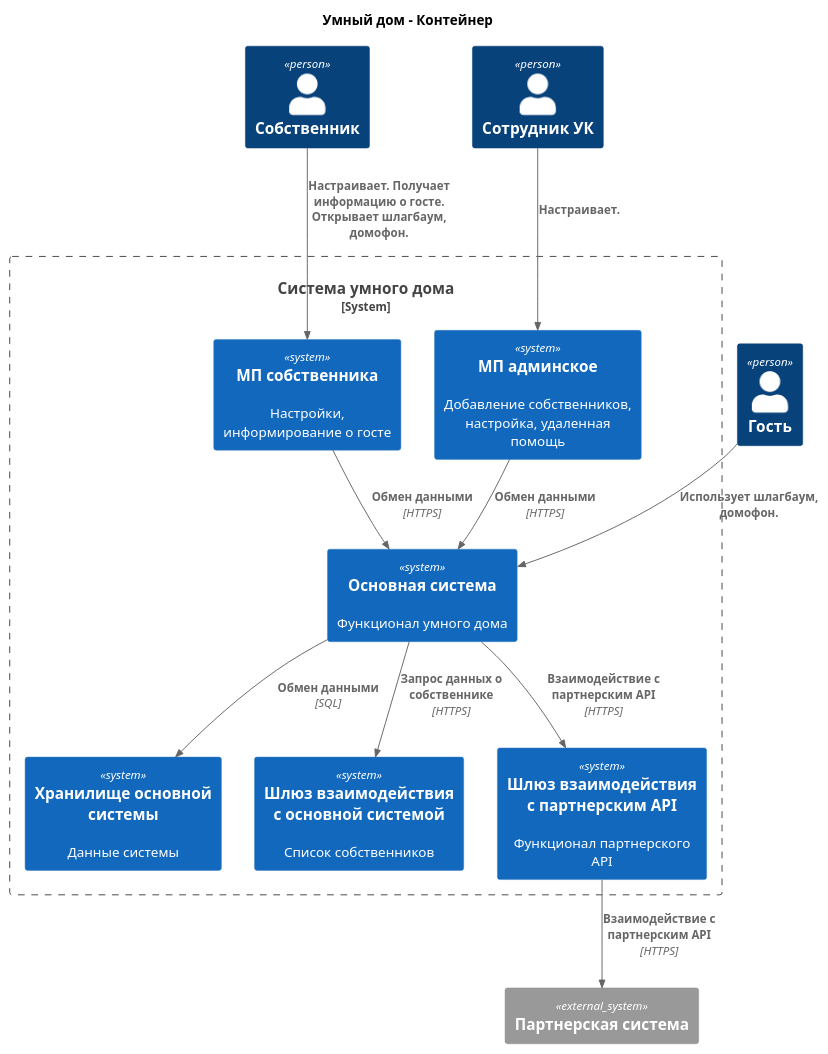
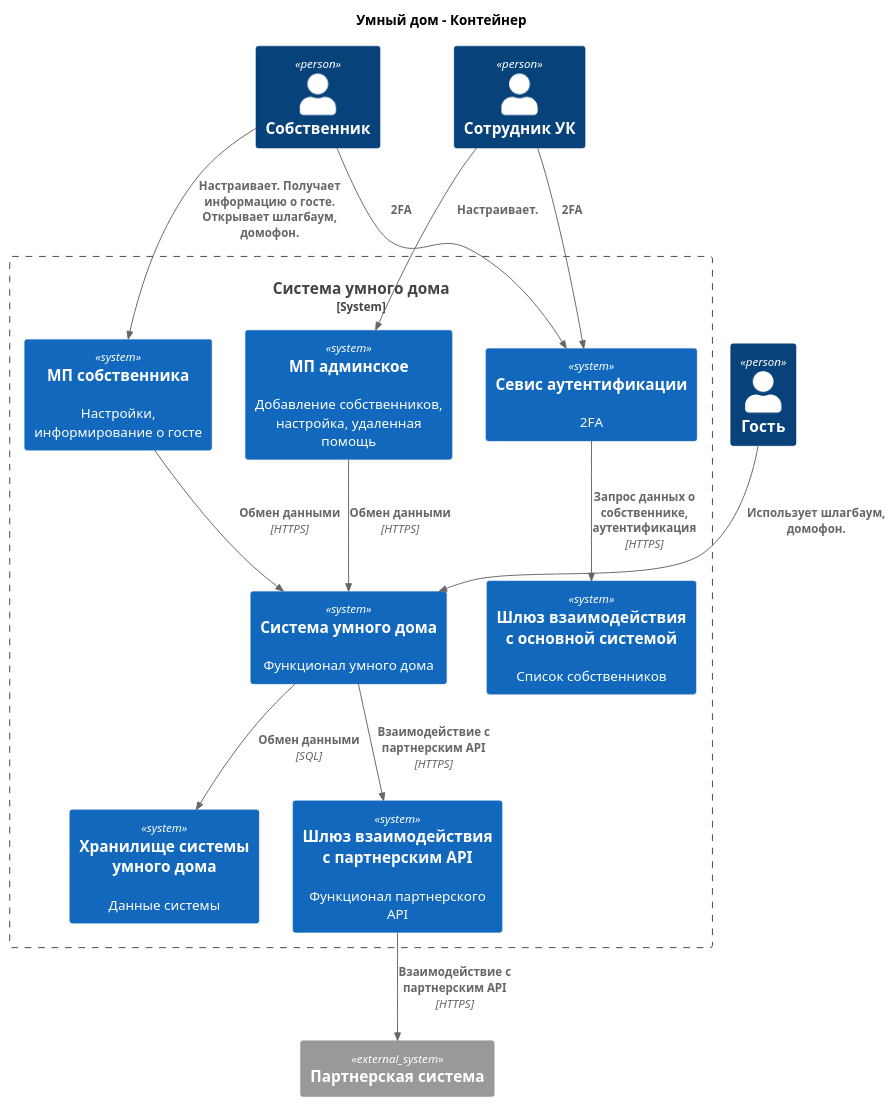
One commit to rminchakov-ctrl/architecture-pro-propdevelopment changed the diagram in Task3/container.puml. Above: the diagram before and after it, drawn with PlantUML. The commit also changed 2 other files, not shown here.

```diff
--- a/Task3/container.puml
+++ b/Task3/container.puml
@@ -1,33 +1,36 @@
 @startuml C4_Container
 !include https://raw.githubusercontent.com/plantuml-stdlib/C4-PlantUML/master/C4_Container.puml
 
 title Умный дом - Контейнер
 
 Person(owner, "Собственник")
 Person(customer, "Сотрудник УК")
 Person(guest, "Гость")
 
 System_Boundary(system, "Система умного дома") {
     System(mobile_app, "МП собственника", "Настройки, информирование о госте")
     System(admin_app, "МП админское", "Добавление собственников, настройка, удаленная помощь")
-    System(core, "Основная система", "Функционал умного дома")
-    System(core_db, "Хранилище основной системы", "Данные системы")
+    System(core, "Система умного дома", "Функционал умного дома")
+    System(auth_app, "Севис аутентификации", "2FA")
+    System(core_db, "Хранилище системы умного дома", "Данные системы")
     System(system_gate, "Шлюз взаимодействия с основной системой", "Список собственников")
     System(partner_gate, "Шлюз взаимодействия с партнерским API", "Функционал партнерского API")
 }
 
 System_Ext(partner_api , "Партнерская система")
 
 Rel(owner, mobile_app, "Настраивает. Получает информацию о госте. Открывает шлагбаум, домофон.")
+Rel(owner, auth_app, "2FA")
+Rel(customer, auth_app, "2FA")
 Rel(customer, admin_app, "Настраивает.")
 Rel(guest, core, "Использует шлагбаум, домофон.")
 
 Rel(mobile_app, core, "Обмен данными", "HTTPS")
 Rel(admin_app, core, "Обмен данными", "HTTPS")
-Rel(core, system_gate, "Запрос данных о собственнике", "HTTPS")
+Rel(auth_app, system_gate, "Запрос данных о собственнике, аутентификация", "HTTPS")
 Rel(core, core_db, "Обмен данными", "SQL")
 
 Rel(core, partner_gate, "Взаимодействие с партнерским API", "HTTPS")
 Rel(partner_gate, partner_api, "Взаимодействие с партнерским API", "HTTPS")
 
 @enduml
```
